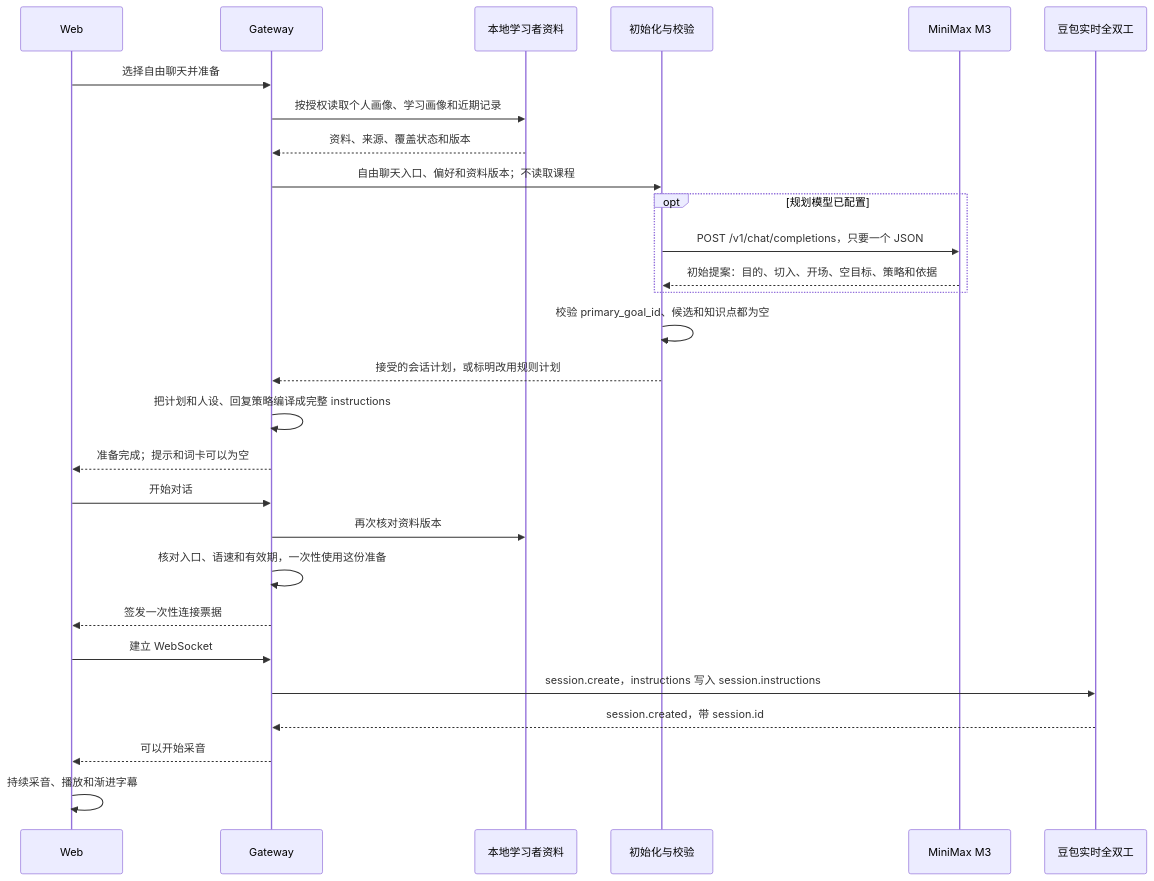
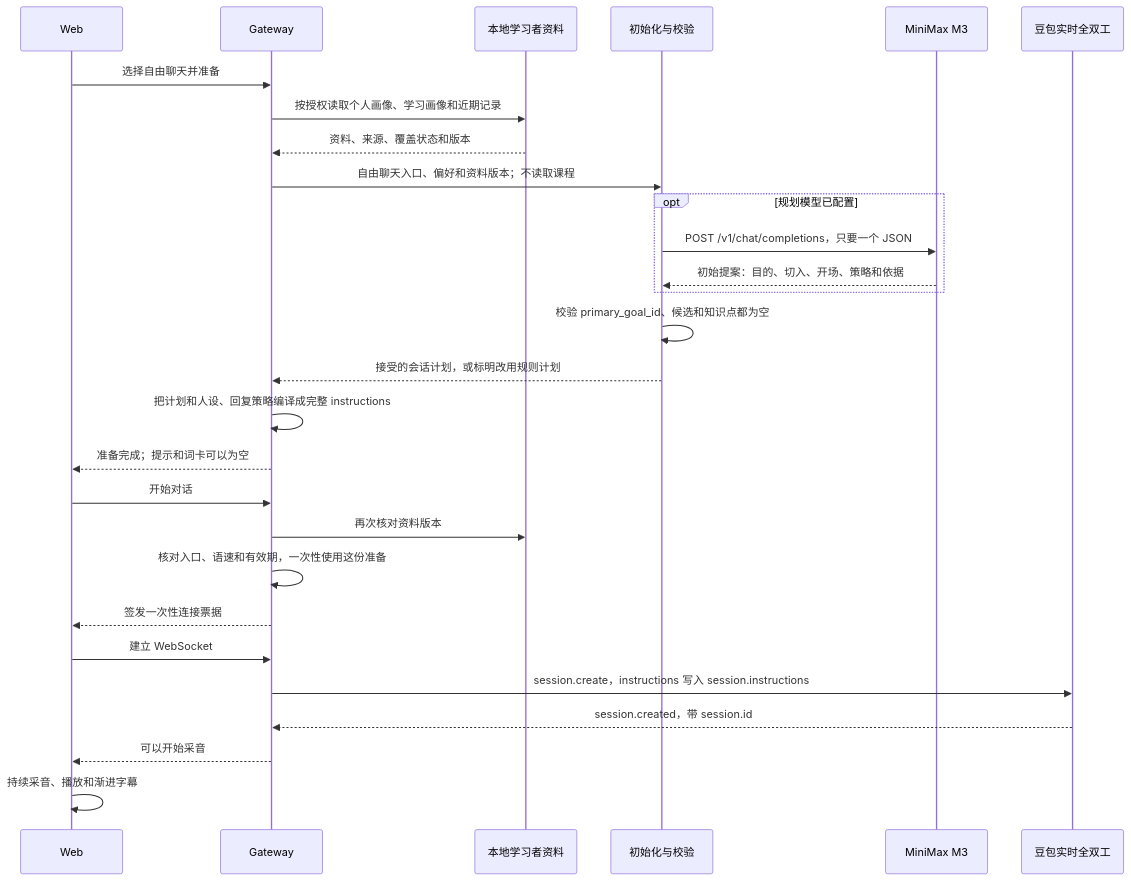
The second of 3 diagrams in README.md (yqhuang-cyber/ask-kai-freetalk), drawn with Mermaid before and after one commit. The commit also changed other lines of this file and 31 other files, not shown here.

````diff
--- a/README.md
+++ b/README.md
@@ -90,30 +90,30 @@
 ```mermaid
 sequenceDiagram
     participant W as Web
     participant G as Gateway
     participant H as 本地学习者资料
     participant C as 初始化与校验
     participant L as MiniMax M3
     participant P as 豆包实时全双工
     W->>G: 选择自由聊天并准备
     G->>H: 按授权读取个人画像、学习画像和近期记录
     H-->>G: 资料、来源、覆盖状态和版本
     G->>C: 自由聊天入口、偏好和资料版本；不读取课程
     opt 规划模型已配置
         C->>L: POST /v1/chat/completions，只要一个 JSON
-        L-->>C: 初始提案：目的、切入、开场、空目标、策略和依据
+        L-->>C: 初始提案：目的、切入、开场、策略和依据
     end
     C->>C: 校验 primary_goal_id、候选和知识点都为空
     C-->>G: 接受的会话计划，或标明改用规则计划
     G->>G: 把计划和人设、回复策略编译成完整 instructions
     G-->>W: 准备完成；提示和词卡可以为空
     W->>G: 开始对话
     G->>H: 再次核对资料版本
     G->>G: 核对入口、语速和有效期，一次性使用这份准备
     G-->>W: 签发一次性连接票据
     W->>G: 建立 WebSocket
     G->>P: session.create，instructions 写入 session.instructions
     P-->>G: session.created，带 session.id
     G-->>W: 可以开始采音
     W->>W: 持续采音、播放和渐进字幕
 ```
````
